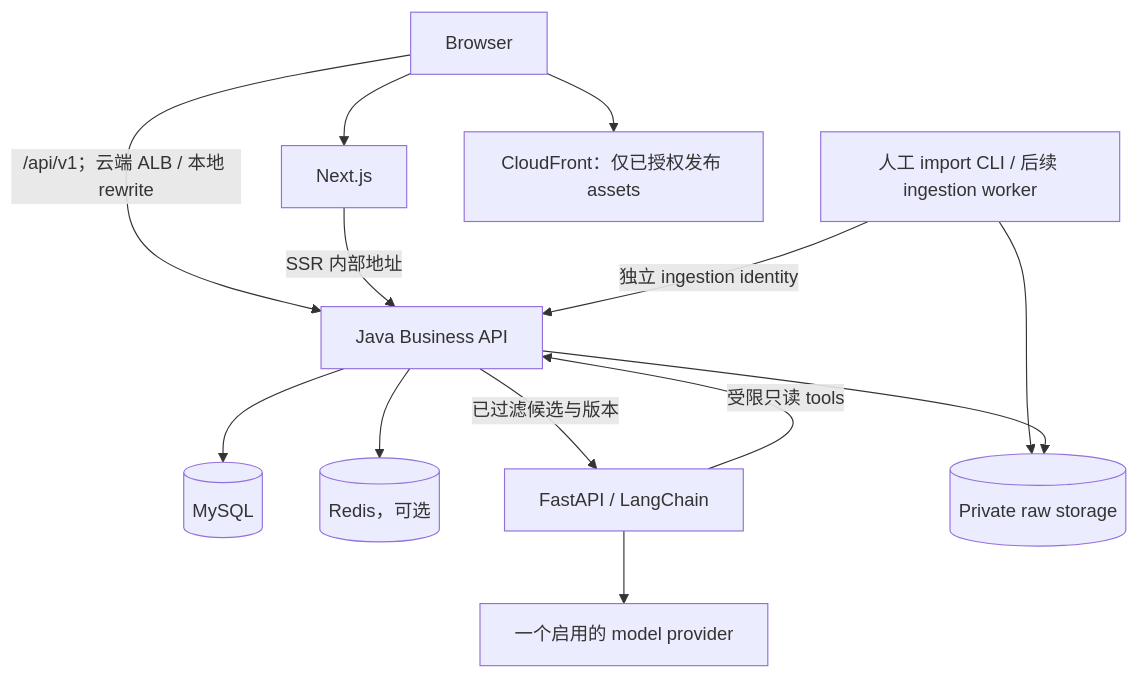
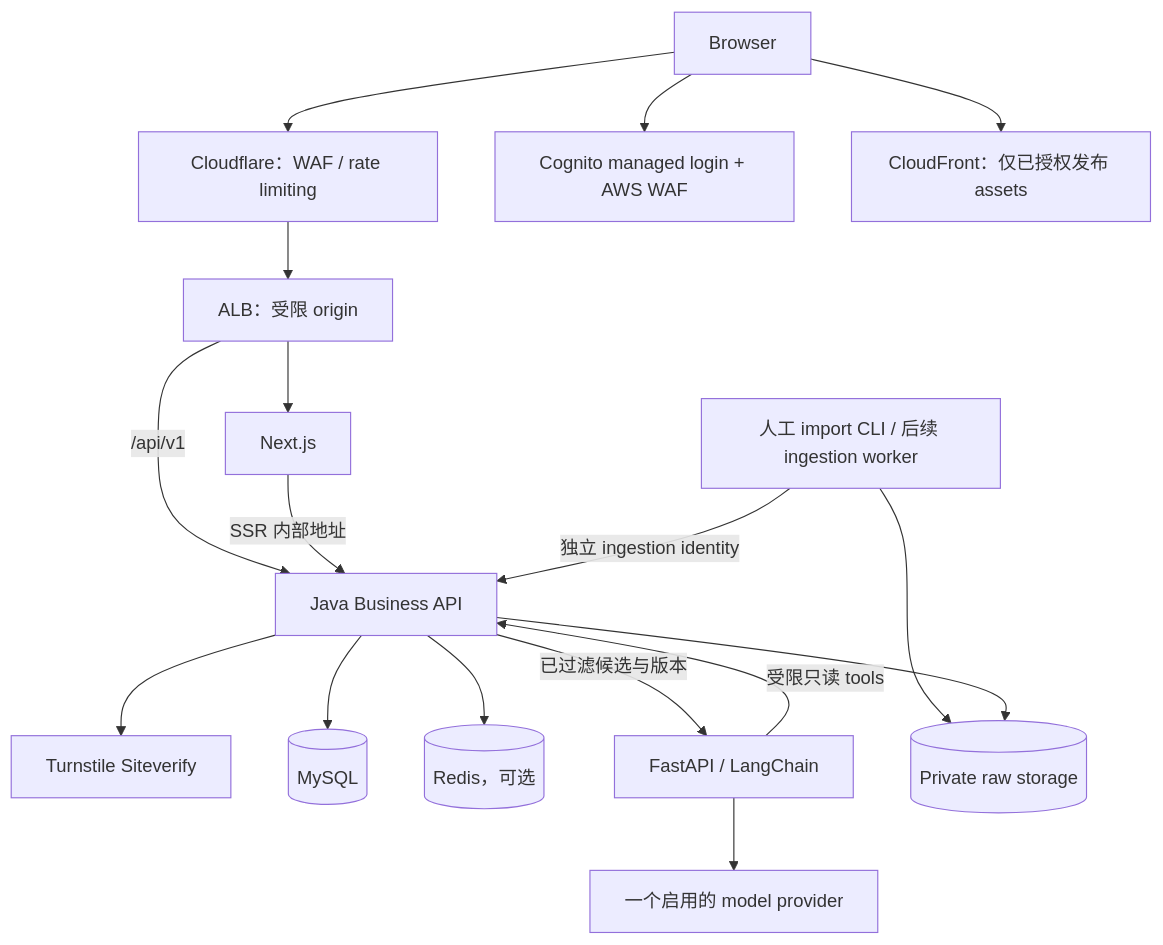
The diagram in tech-stack-requirements.md (kurin0u0/Large-Lunch-Model), drawn with Mermaid before and after one commit. The commit also changed other lines of this file and 6 other files, not shown here.

````diff
--- a/tech-stack-requirements.md
+++ b/tech-stack-requirements.md
@@ -37,15 +39,19 @@
 ```mermaid
 flowchart TD
-    USER["Browser"] --> WEB["Next.js"]
-    USER -->|"/api/v1；云端 ALB / 本地 rewrite"| JAVA["Java Business API"]
+    USER["Browser"] --> EDGE["Cloudflare：WAF / rate limiting"]
+    EDGE --> ALB["ALB：受限 origin"]
+    ALB --> WEB["Next.js"]
+    ALB -->|"/api/v1"| JAVA["Java Business API"]
+    USER --> AUTH["Cognito managed login + AWS WAF"]
+    JAVA --> TURNSTILE["Turnstile Siteverify"]
     WEB -->|"SSR 内部地址"| JAVA
     JAVA --> DB[("MySQL")]
     JAVA --> CACHE[("Redis，可选")]
     JAVA -->|"已过滤候选与版本"| AI["FastAPI / LangChain"]
     AI -->|"受限只读 tools"| JAVA
     AI --> MODEL["一个启用的 model provider"]
     IMPORT["人工 import CLI / 后续 ingestion worker"] -->|"独立 ingestion identity"| JAVA
     IMPORT --> RAW[("Private raw storage")]
     JAVA --> RAW
     USER --> ASSETS["CloudFront：仅已授权发布 assets"]
 ```
````
